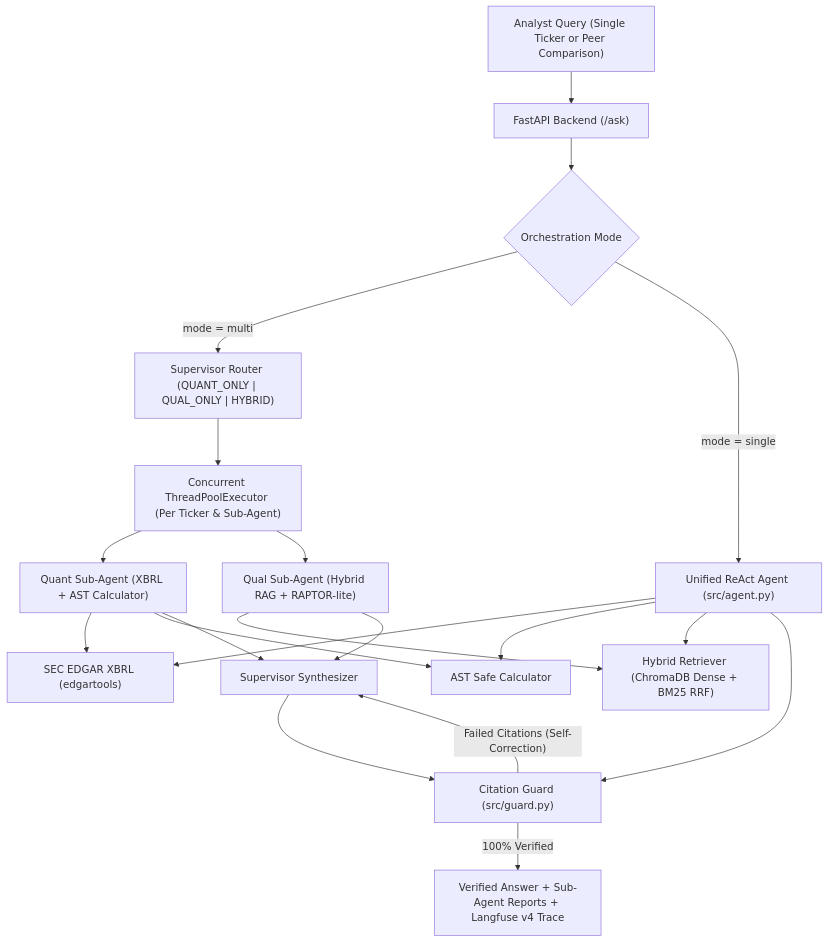
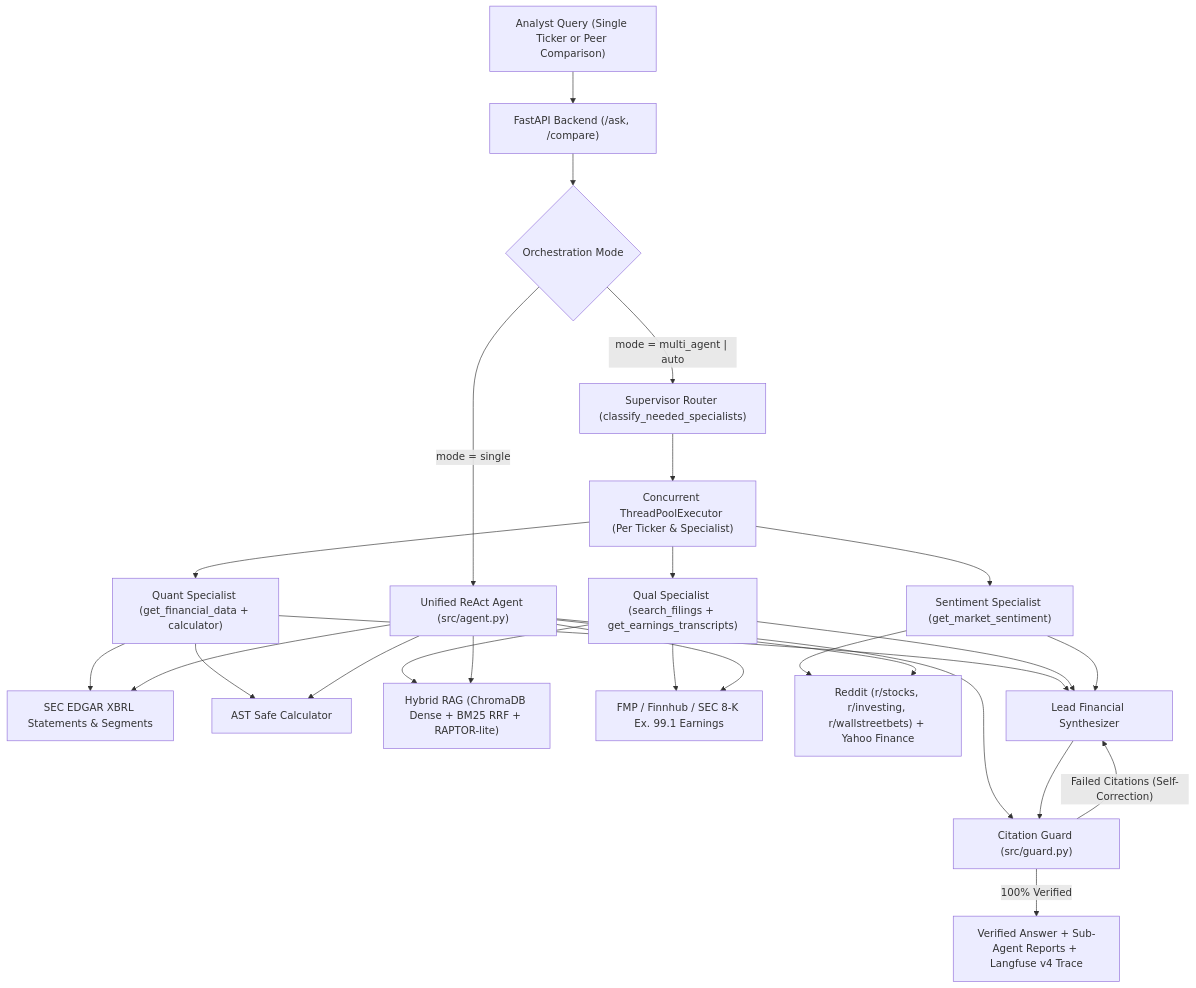
Before and after one commit to iamqazolp/CompanyScope: the diagram in README.md, drawn with Mermaid. The commit also changed other lines of this file and 2 other files, not shown here.

Commit message:
docs,ci(data-sources): document 8-K/earnings/sentiment pipelines and add test target

````diff
--- a/README.md
+++ b/README.md
@@ -35,28 +37,28 @@
 ```mermaid
 flowchart TD
-    User["Analyst Query (Single Ticker or Peer Comparison)"] --> API["FastAPI Backend (/ask)"]
+    User["Analyst Query (Single Ticker or Peer Comparison)"] --> API["FastAPI Backend (/ask, /compare)"]
     API --> Mode{"Orchestration Mode"}
 
-    Mode -- "mode = multi" --> Sup["Supervisor Router (QUANT_ONLY | QUAL_ONLY | HYBRID)"]
+    Mode -- "mode = multi_agent | auto" --> Sup["Supervisor Router (classify_needed_specialists)"]
     Mode -- "mode = single" --> Single["Unified ReAct Agent (src/agent.py)"]
 
-    Sup --> Pool["Concurrent ThreadPoolExecutor (Per Ticker & Sub-Agent)"]
-    Pool --> Quant["Quant Sub-Agent (XBRL + AST Calculator)"]
-    Pool --> Qual["Qual Sub-Agent (Hybrid RAG + RAPTOR-lite)"]
+    Sup --> Pool["Concurrent ThreadPoolExecutor (Per Ticker & Specialist)"]
+    Pool --> Quant["Quant Specialist (get_financial_data + calculator)"]
+    Pool --> Qual["Qual Specialist (search_filings + get_earnings_transcripts)"]
+    Pool --> Sent["Sentiment Specialist (get_market_sentiment)"]
 
-    Quant --> XBRL["SEC EDGAR XBRL (edgartools)"]
+    Quant --> XBRL["SEC EDGAR XBRL Statements & Segments"]
     Quant --> Calc["AST Safe Calculator"]
-    Qual --> RRF["Hybrid Retriever (ChromaDB Dense + BM25 RRF)"]
+    Qual --> RRF["Hybrid RAG (ChromaDB Dense + BM25 RRF + RAPTOR-lite)"]
+    Qual --> Earn["FMP / Finnhub / SEC 8-K Ex. 99.1 Earnings"]
+    Sent --> Mkt["Reddit (r/stocks, r/investing, r/wallstreetbets) + Yahoo Finance"]
 
-    Single --> XBRL
-    Single --> Calc
-    Single --> RRF
+    Single --> XBRL & Calc & RRF & Earn & Mkt
 
-    Quant --> Synth["Supervisor Synthesizer"]
-    Qual --> Synth
+    Quant & Qual & Sent --> Synth["Lead Financial Synthesizer"]
     Single --> Guard["Citation Guard (src/guard.py)"]
     Synth --> Guard
 
     Guard -- "Failed Citations (Self-Correction)" --> Synth
     Guard -- "100% Verified" --> Output["Verified Answer + Sub-Agent Reports + Langfuse v4 Trace"]
 ```
````
